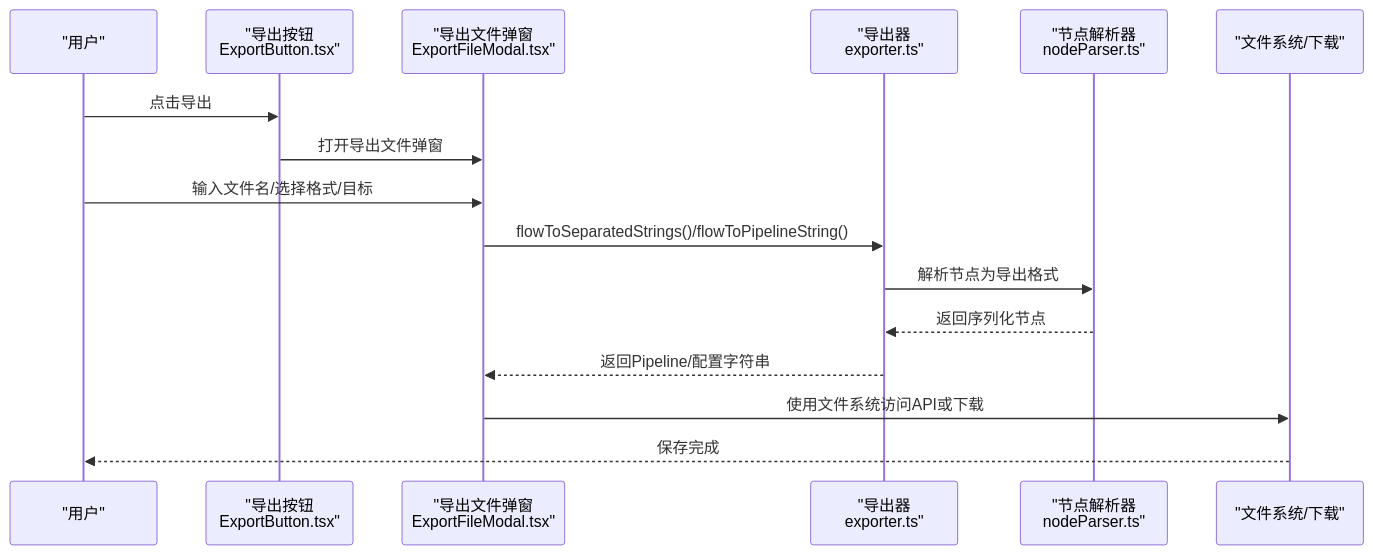
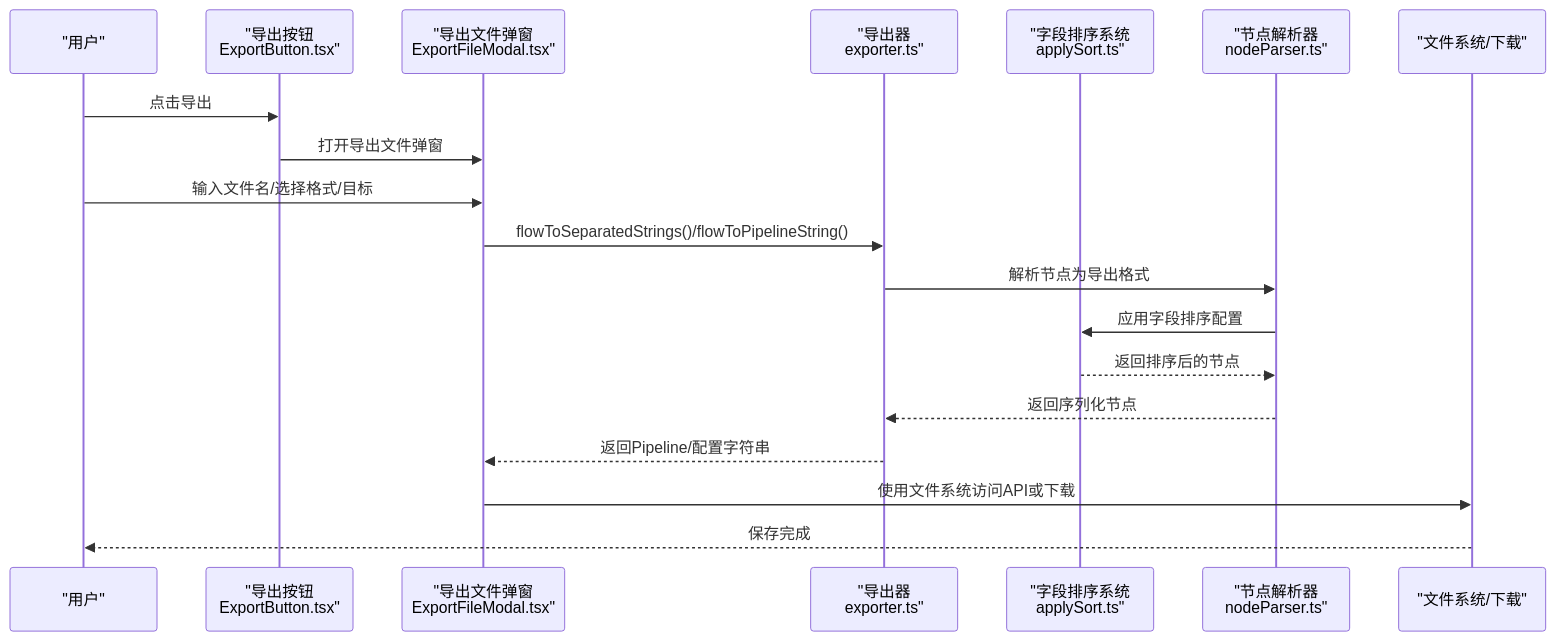
One commit to kqcoxn/MaaPipelineEditor changed the second of 4 diagrams in .qoder/repowiki/zh/content/导入导出系统/导出选项.md. Above: the diagram before and after it, drawn with Mermaid. The commit also changed other lines of this file and 22 other files, not shown here.

````diff
--- a/.qoder/repowiki/zh/content/导入导出系统/导出选项.md
+++ b/.qoder/repowiki/zh/content/导入导出系统/导出选项.md
@@ -111,18 +127,21 @@
 ```mermaid
 sequenceDiagram
 participant U as "用户"
 participant BTN as "导出按钮<br/>ExportButton.tsx"
 participant MOD as "导出文件弹窗<br/>ExportFileModal.tsx"
 participant EXP as "导出器<br/>exporter.ts"
+participant SORT as "字段排序系统<br/>applySort.ts"
 participant N as "节点解析器<br/>nodeParser.ts"
 participant FS as "文件系统/下载"
 U->>BTN : 点击导出
 BTN->>MOD : 打开导出文件弹窗
 U->>MOD : 输入文件名/选择格式/目标
 MOD->>EXP : flowToSeparatedStrings()/flowToPipelineString()
 EXP->>N : 解析节点为导出格式
+N->>SORT : 应用字段排序配置
+SORT-->>N : 返回排序后的节点
 N-->>EXP : 返回序列化节点
 EXP-->>MOD : 返回Pipeline/配置字符串
 MOD->>FS : 使用文件系统访问API或下载
 FS-->>U : 保存完成
 ```
````
